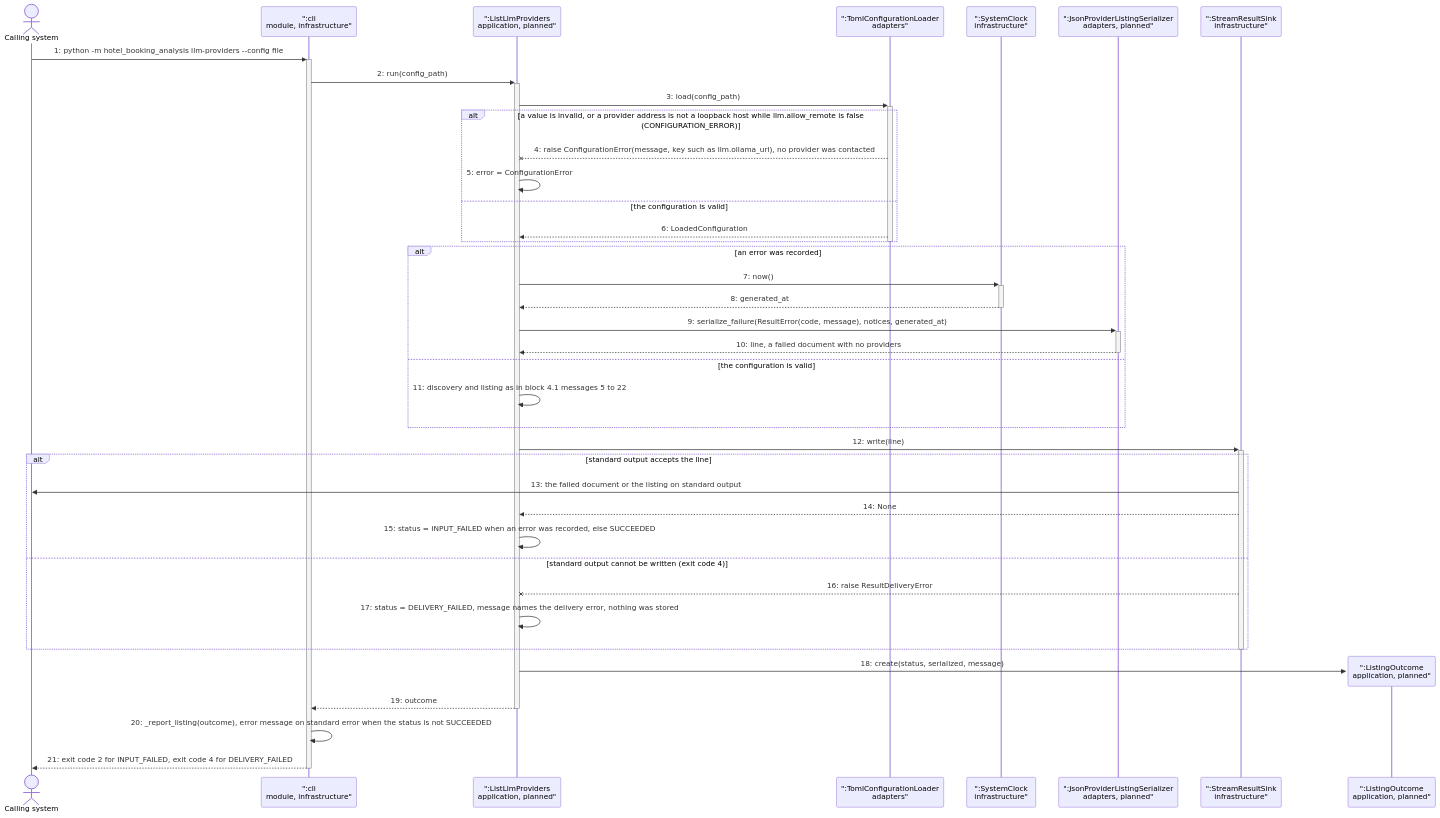
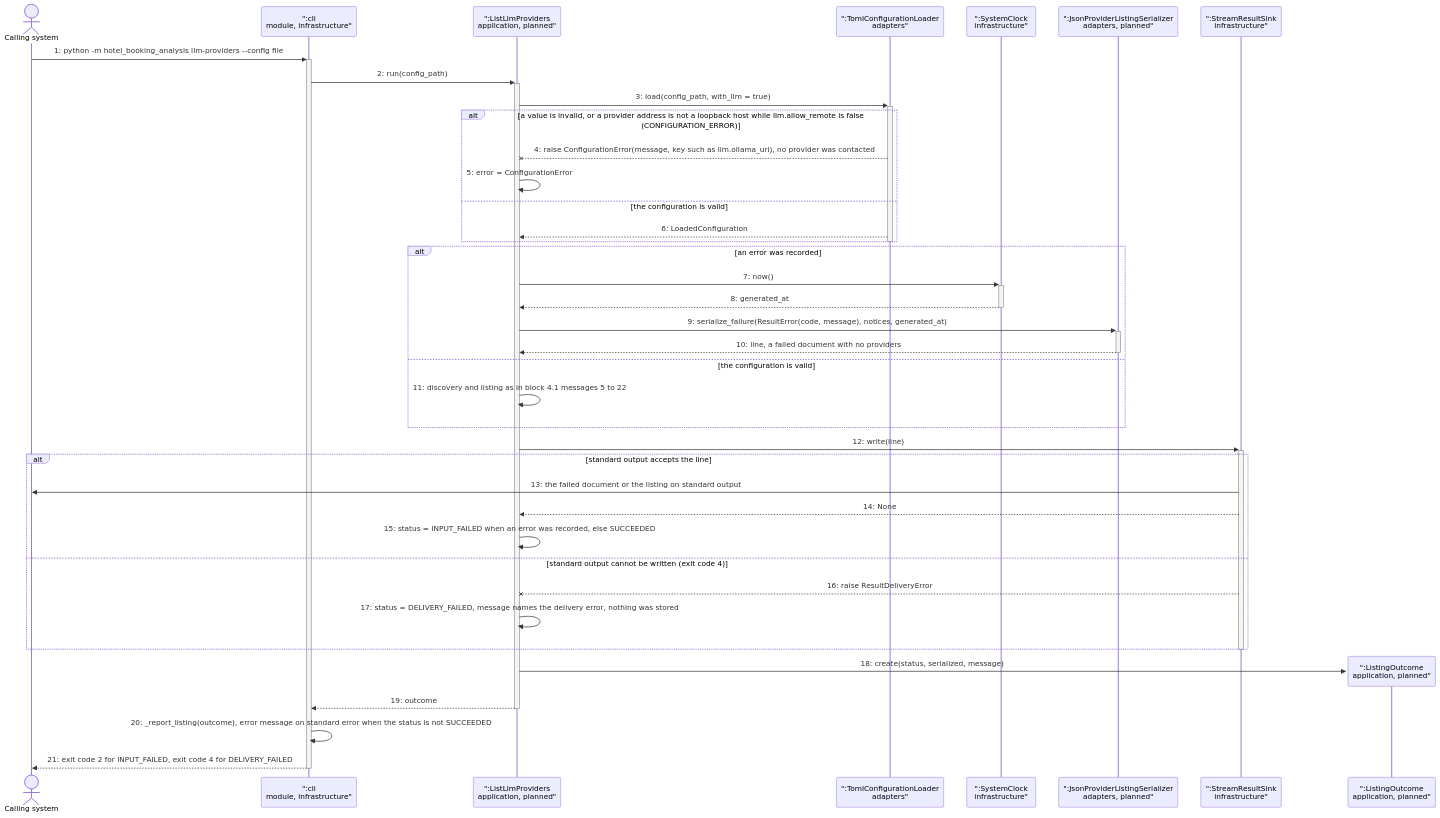
Before and after one commit to NF-Hotel/Notebook_Market_Analysis: diagram 15 of 19 in docs/sequence-diagrams.md, drawn with Mermaid. The commit also changed other lines of this file and 43 other files, not shown here.

````diff
--- a/docs/sequence-diagrams.md
+++ b/docs/sequence-diagrams.md
@@ -1235,43 +1235,43 @@
 ```mermaid
 sequenceDiagram
     actor C as Calling system
     participant CLI as ":cli<br/>module, infrastructure"
     participant LP as ":ListLlmProviders<br/>application, planned"
     participant CL as ":TomlConfigurationLoader<br/>adapters"
     participant CK as ":SystemClock<br/>infrastructure"
     participant PS as ":JsonProviderListingSerializer<br/>adapters, planned"
     participant SNK as ":StreamResultSink<br/>infrastructure"
     C->>+CLI: 1: python -m hotel_booking_analysis llm-providers --config file
     CLI->>+LP: 2: run(config_path)
-    LP->>+CL: 3: load(config_path)
+    LP->>+CL: 3: load(config_path, with_llm = true)
     alt a value is invalid, or a provider address is not a loopback host while llm.allow_remote is false (CONFIGURATION_ERROR)
         CL--xLP: 4: raise ConfigurationError(message, key such as llm.ollama_url), no provider was contacted
         LP->>LP: 5: error = ConfigurationError
     else the configuration is valid
         CL-->>LP: 6: LoadedConfiguration
     end
     deactivate CL
     alt an error was recorded
         LP->>+CK: 7: now()
         CK-->>-LP: 8: generated_at
         LP->>+PS: 9: serialize_failure(ResultError(code, message), notices, generated_at)
         PS-->>-LP: 10: line, a failed document with no providers
     else the configuration is valid
         LP->>LP: 11: discovery and listing as in block 4.1 messages 5 to 22
     end
     LP->>+SNK: 12: write(line)
     alt standard output accepts the line
         SNK->>C: 13: the failed document or the listing on standard output
         SNK-->>LP: 14: None
         LP->>LP: 15: status = INPUT_FAILED when an error was recorded, else SUCCEEDED
     else standard output cannot be written (exit code 4)
         SNK--xLP: 16: raise ResultDeliveryError
         LP->>LP: 17: status = DELIVERY_FAILED, message names the delivery error, nothing was stored
     end
     deactivate SNK
     create participant OUT as ":ListingOutcome<br/>application, planned"
     LP->>OUT: 18: create(status, serialized, message)
     LP-->>-CLI: 19: outcome
     CLI->>CLI: 20: _report_listing(outcome), error message on standard error when the status is not SUCCEEDED
     CLI-->>-C: 21: exit code 2 for INPUT_FAILED, exit code 4 for DELIVERY_FAILED
 ```
````
